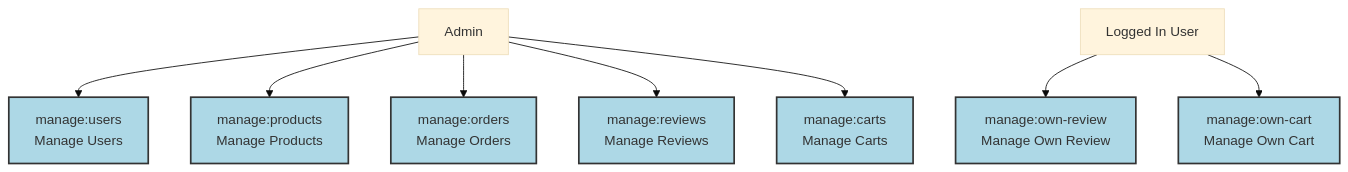
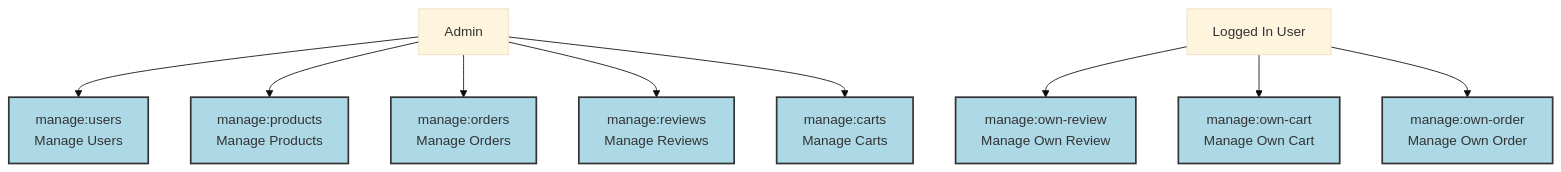
Before and after one commit to MGTheTrain/e-commerce-service: the diagram in docs/diagrams/user-roles-and-permissions-mapping.mmd, drawn with Mermaid (base theme). The commit also changed 3 other files, not shown here.

Commit message:
modify diagrams

```diff
--- a/docs/diagrams/user-roles-and-permissions-mapping.mmd
+++ b/docs/diagrams/user-roles-and-permissions-mapping.mmd
@@ -1,24 +1,26 @@
 graph TD;
 
 Admin["Admin"]
 LoggedInUser["Logged In User"]
 
 permission1["manage:users\nManage Users"]
 permission2["manage:products\nManage Products"]
 permission3["manage:orders\nManage Orders"]
 permission4["manage:reviews\nManage Reviews"]
 permission5["manage:carts\nManage Carts"]
 permission6["manage:own-review\nManage Own Review"]
 permission7["manage:own-cart\nManage Own Cart"]
+permission8["manage:own-order\nManage Own Order"]
 
 Admin --> permission1
 Admin --> permission2
 Admin --> permission3
 Admin --> permission4
 Admin --> permission5
 
 LoggedInUser --> permission6
 LoggedInUser --> permission7
+LoggedInUser --> permission8
 
 classDef permission fill:#ADD8E6,stroke:#333,stroke-width:2px;
 class permission1,permission2,permission3,permission4,permission5,permission6,permission7,permission8,permission9 permission;
```
